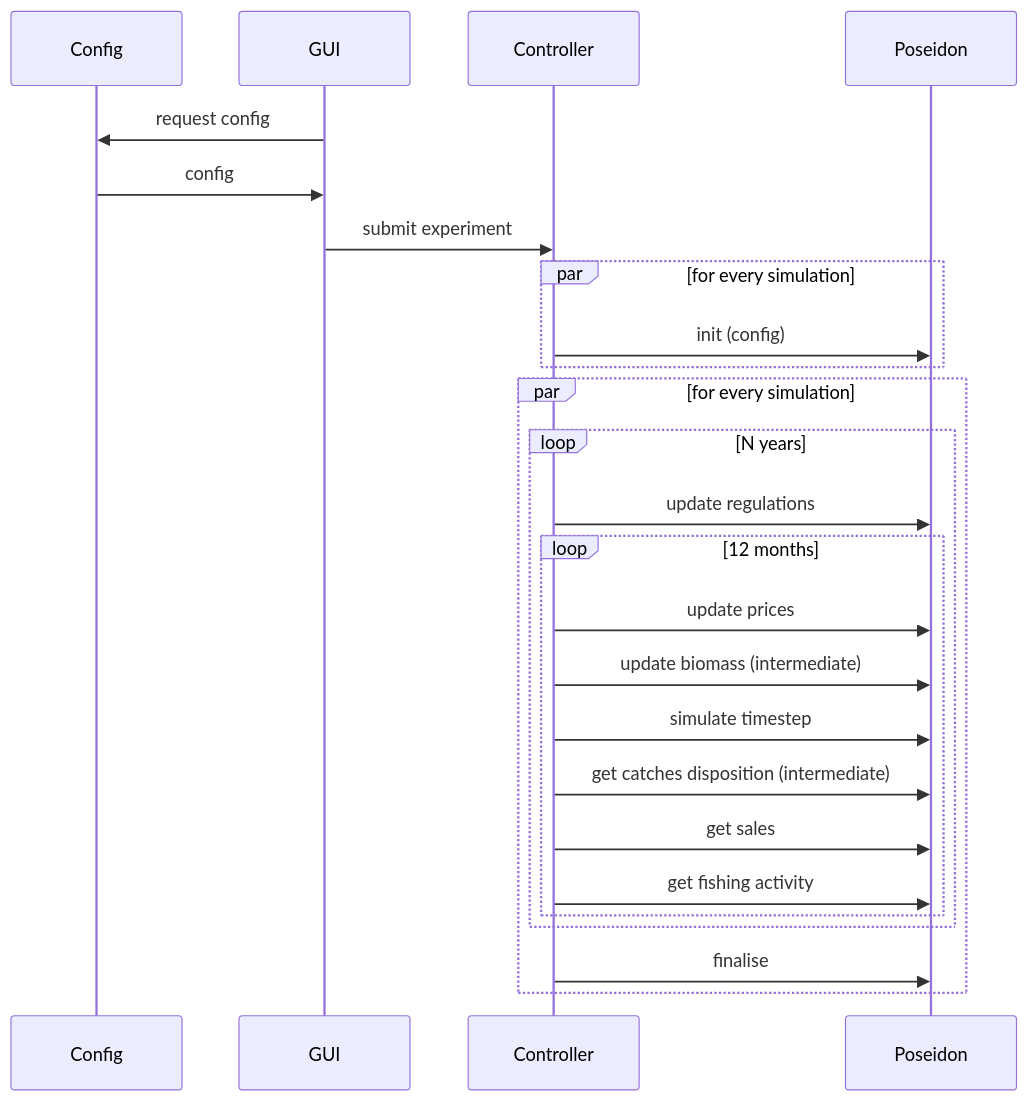
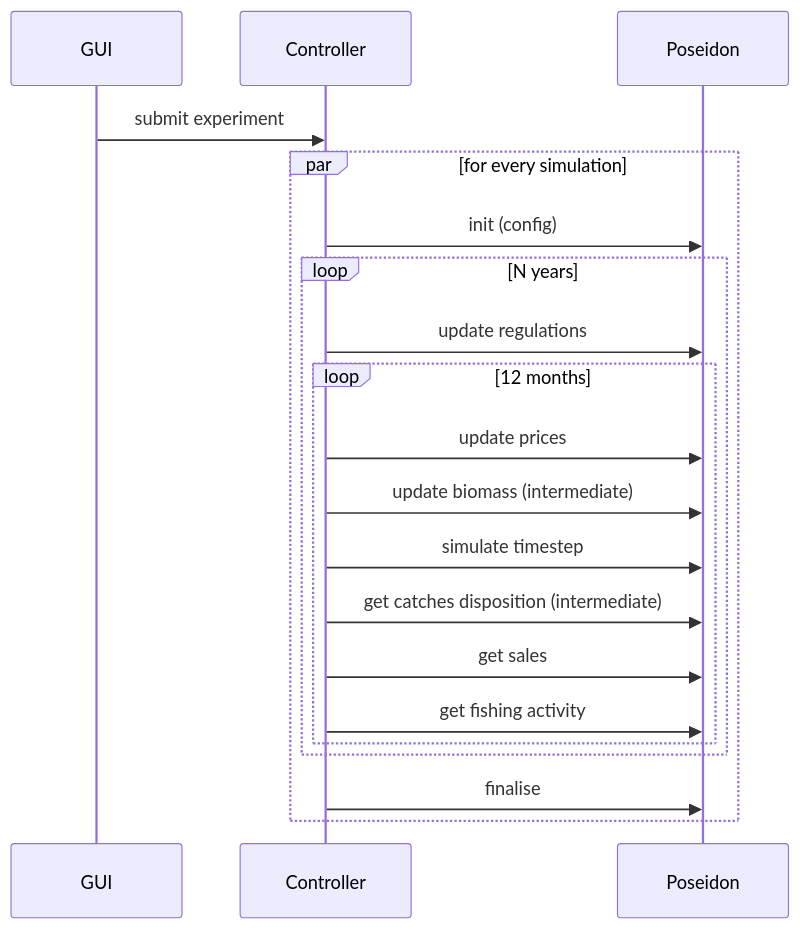
Before and after one commit to SURIMI-Project/SURIMI-project: the diagram in deliverables/D3.3 - Agent-based model/D3.3 - Agent-based model.md, drawn with Mermaid. The commit also changed other lines of this file and 1 other file, not shown here.

Commit message:
addad CMSY++

````diff
--- a/deliverables/D3.3 - Agent-based model/D3.3 - Agent-based model.md
+++ b/deliverables/D3.3 - Agent-based model/D3.3 - Agent-based model.md
@@ -29,39 +29,30 @@
 ```mermaid
 
  sequenceDiagram
 
-    participant Config
     participant GUI
     participant Controller
     participant Poseidon
 
     %% Initialisation %%
     %% this is the init %%
-    GUI ->> Config: request config
-    Config ->> GUI: config
     GUI ->> Controller: submit experiment
     par for every simulation
 
     Controller ->> Poseidon: init (config)
-    end
-
-    %% Simulation %%
-    %% starting the simulation %%
-
-    par for every simulation
 
     loop N years
         Controller ->> Poseidon: update regulations
         loop 12 months
             Controller ->> Poseidon: update prices
             Controller ->> Poseidon: update biomass (intermediate)
             Controller ->> Poseidon: simulate timestep
             Controller ->> Poseidon: get catches disposition (intermediate) 
 
             Controller ->> Poseidon: get sales
             Controller ->> Poseidon: get fishing activity
         end
     end
     Controller ->> Poseidon: finalise
 end
 ```
````
